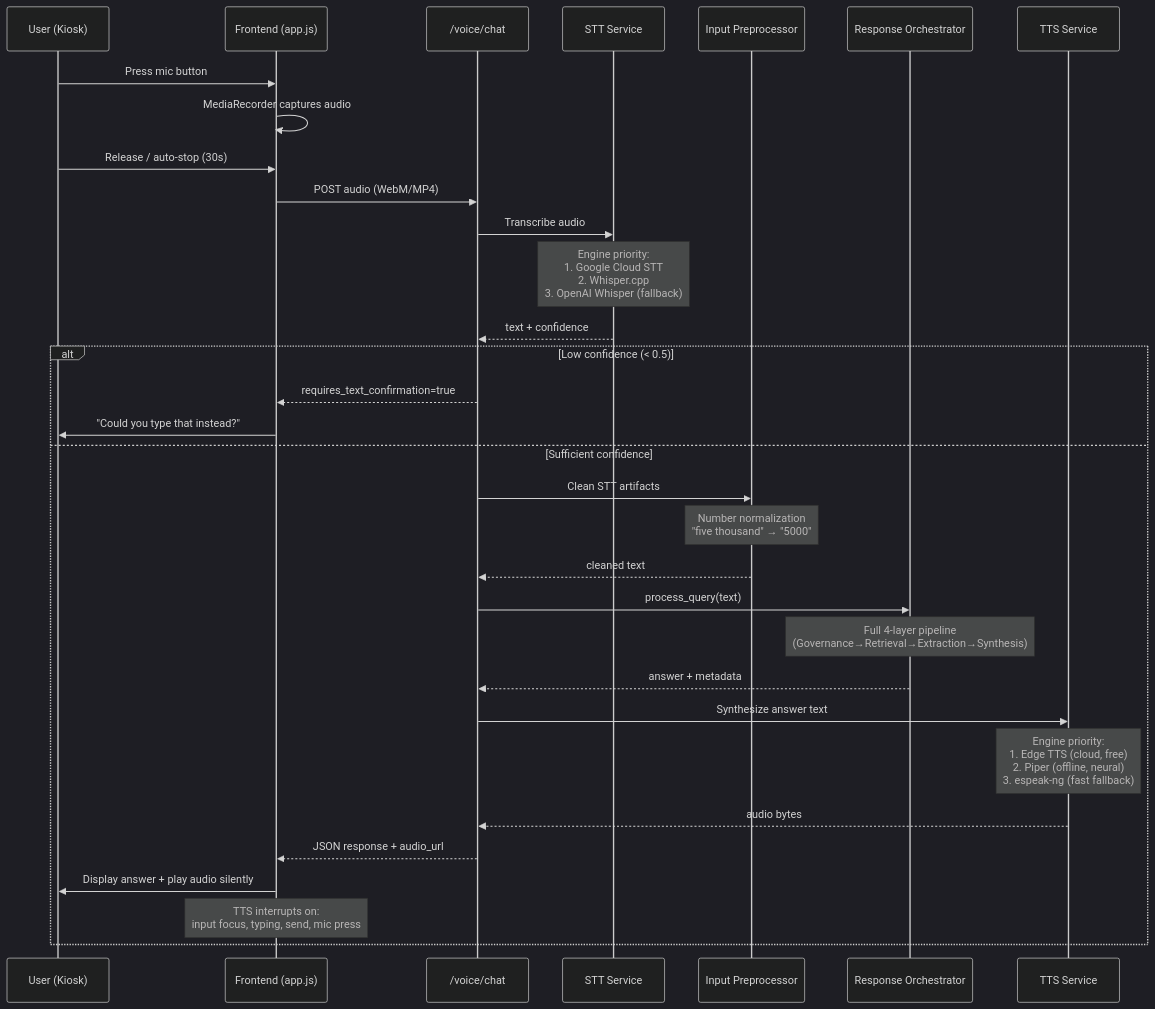
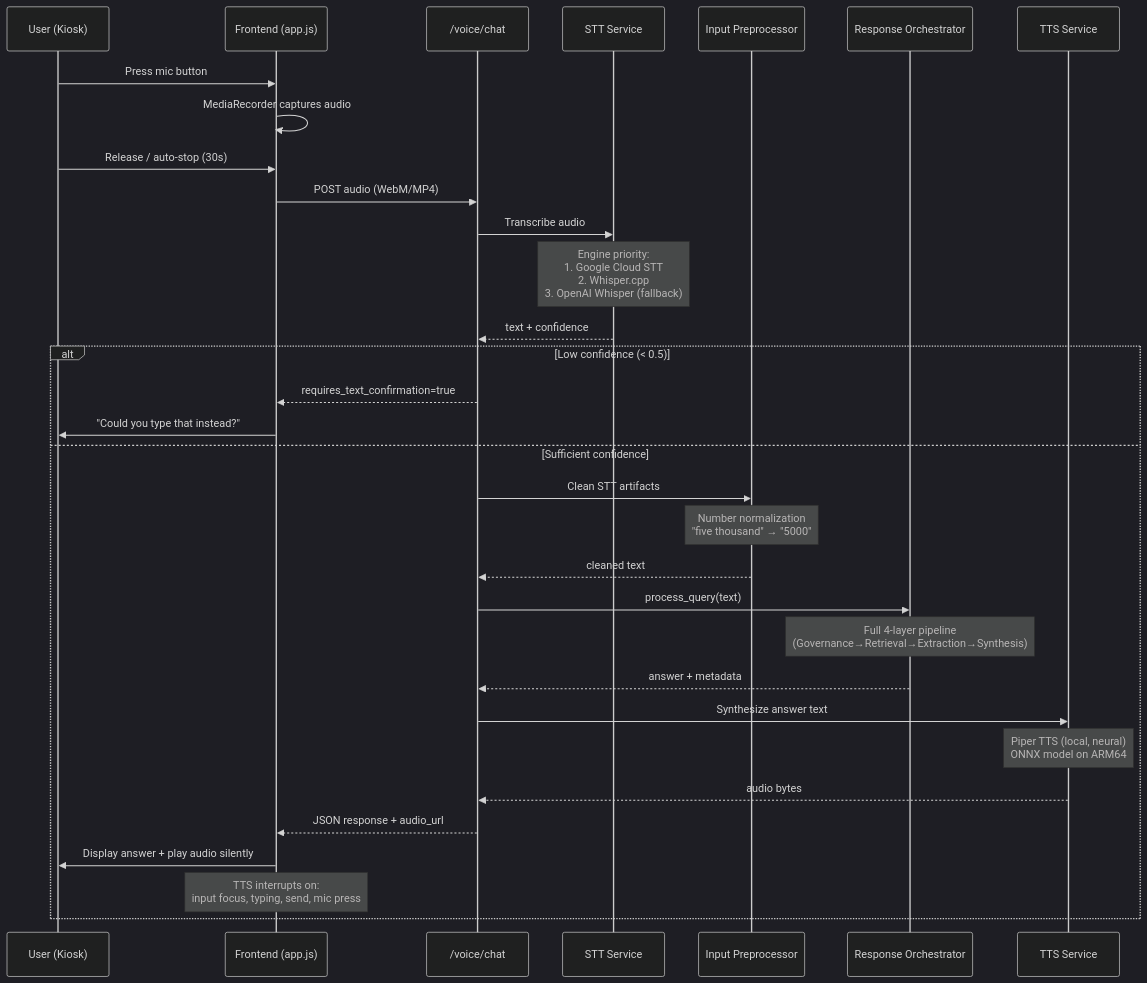
Before and after one commit to Kiruzato/coco-kiosk: the sixth of 6 diagrams in architecture.md, drawn with Mermaid (dark theme). The commit also changed other lines of this file, not shown here.

````diff
--- a/architecture.md
+++ b/architecture.md
@@ -525,40 +522,40 @@
 ```mermaid
 sequenceDiagram
     participant U as User (Kiosk)
     participant FE as Frontend (app.js)
     participant API as /voice/chat
     participant STT as STT Service
     participant PP as Input Preprocessor
     participant ORCH as Response Orchestrator
     participant TTS as TTS Service
 
     U->>FE: Press mic button
     FE->>FE: MediaRecorder captures audio
     U->>FE: Release / auto-stop (30s)
     FE->>API: POST audio (WebM/MP4)
 
     API->>STT: Transcribe audio
     Note over STT: Engine priority:<br/>1. Google Cloud STT<br/>2. Whisper.cpp<br/>3. OpenAI Whisper (fallback)
     STT-->>API: text + confidence
 
     alt Low confidence (< 0.5)
         API-->>FE: requires_text_confirmation=true
         FE->>U: "Could you type that instead?"
     else Sufficient confidence
         API->>PP: Clean STT artifacts
         Note over PP: Number normalization<br/>"five thousand" → "5000"
         PP-->>API: cleaned text
 
         API->>ORCH: process_query(text)
         Note over ORCH: Full 4-layer pipeline<br/>(Governance→Retrieval→Extraction→Synthesis)
         ORCH-->>API: answer + metadata
 
         API->>TTS: Synthesize answer text
-        Note over TTS: Engine priority:<br/>1. Edge TTS (cloud, free)<br/>2. Piper (offline, neural)<br/>3. espeak-ng (fast fallback)
+        Note over TTS: Piper TTS (local, neural)<br/>ONNX model on ARM64
         TTS-->>API: audio bytes
 
         API-->>FE: JSON response + audio_url
         FE->>U: Display answer + play audio silently
         Note over FE: TTS interrupts on:<br/>input focus, typing, send, mic press
     end
 ```
````
